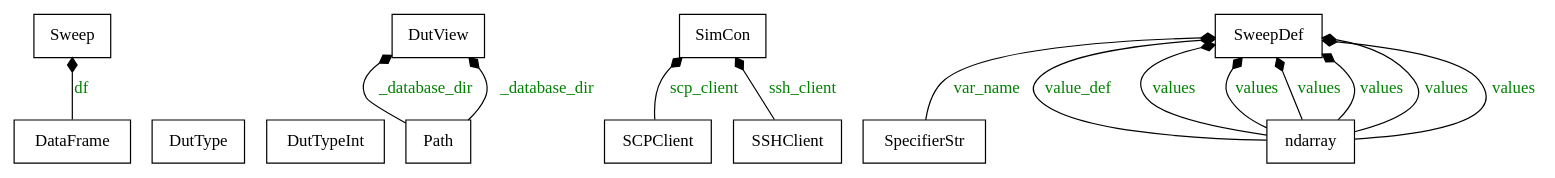
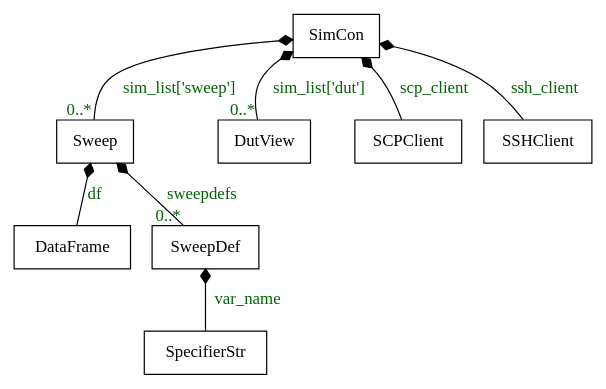
One commit to semimod/DMT-core changed the diagram in doc/source/diagrams/classes_sim_con.dot. Above: the diagram before and after it, drawn with Graphviz. The commit also changed 1 other file, not shown here.

Commit message:
mcard does not make sense anymore and sim_con improved

```diff
--- a/doc/source/diagrams/classes_sim_con.dot
+++ b/doc/source/diagrams/classes_sim_con.dot
@@ -1,35 +1,19 @@
 digraph "classes_sim_con" {
 rankdir=BT
 charset="utf-8"
 "DMT.core.data_frame.DataFrame" [color="black", fontcolor="black", label="DataFrame", shape="record", style="solid"];
-"/home/mario/Documents/work/dmt/dmt/DMT_core_pkg/DMT/core/dut_type.py.DutType" [color="black", fontcolor="black", label="DutType", shape="record", style="solid"];
-"/home/mario/Documents/work/dmt/dmt/DMT_core_pkg/DMT/core/dut_type.py.DutTypeInt" [color="black", fontcolor="black", label="DutTypeInt", shape="record", style="solid"];
-"/home/mario/Documents/work/dmt/dmt/DMT_core_pkg/DMT/core/dut_view.py.DutView" [color="black", fontcolor="black", label="DutView", shape="record", style="solid"];
-"pathlib.Path" [color="black", fontcolor="black", label="Path", shape="record", style="solid"];
+"DMT.core.DutView" [color="black", fontcolor="black", label="DutView", shape="record", style="solid"];
 "scp.SCPClient" [color="black", fontcolor="black", label="SCPClient", shape="record", style="solid"];
 "paramiko.client.SSHClient" [color="black", fontcolor="black", label="SSHClient", shape="record", style="solid"];
-"/home/mario/Documents/work/dmt/dmt/DMT_core_pkg/DMT/core/sim_con.py.SimCon" [color="black", fontcolor="black", label="SimCon", shape="record", style="solid"];
+"DMT.core.SimCon" [color="black", fontcolor="black", label="SimCon", shape="record", style="solid"];
 "DMT.core.naming.SpecifierStr" [color="black", fontcolor="black", label="SpecifierStr", shape="record", style="solid"];
-"/home/mario/Documents/work/dmt/dmt/DMT_core_pkg/DMT/core/sweep.py.Sweep" [color="black", fontcolor="black", label="Sweep", shape="record", style="solid"];
-"/home/mario/Documents/work/dmt/dmt/DMT_core_pkg/DMT/core/sweep.py.SweepDef" [color="black", fontcolor="black", label="SweepDef", shape="record", style="solid"];
-".ndarray" [color="black", fontcolor="black", label="ndarray", shape="record", style="solid"];
-".ndarray" [color="black", fontcolor="black", label="ndarray", shape="record", style="solid"];
-".ndarray" [color="black", fontcolor="black", label="ndarray", shape="record", style="solid"];
-".ndarray" [color="black", fontcolor="black", label="ndarray", shape="record", style="solid"];
-".ndarray" [color="black", fontcolor="black", label="ndarray", shape="record", style="solid"];
-".ndarray" [color="black", fontcolor="black", label="ndarray", shape="record", style="solid"];
-".ndarray" [color="black", fontcolor="black", label="ndarray", shape="record", style="solid"];
-".ndarray" -> "/home/mario/Documents/work/dmt/dmt/DMT_core_pkg/DMT/core/sweep.py.SweepDef" [arrowhead="diamond", arrowtail="none", fontcolor="green", label="value_def", style="solid"];
-".ndarray" -> "/home/mario/Documents/work/dmt/dmt/DMT_core_pkg/DMT/core/sweep.py.SweepDef" [arrowhead="diamond", arrowtail="none", fontcolor="green", label="values", style="solid"];
-".ndarray" -> "/home/mario/Documents/work/dmt/dmt/DMT_core_pkg/DMT/core/sweep.py.SweepDef" [arrowhead="diamond", arrowtail="none", fontcolor="green", label="values", style="solid"];
-".ndarray" -> "/home/mario/Documents/work/dmt/dmt/DMT_core_pkg/DMT/core/sweep.py.SweepDef" [arrowhead="diamond", arrowtail="none", fontcolor="green", label="values", style="solid"];
-".ndarray" -> "/home/mario/Documents/work/dmt/dmt/DMT_core_pkg/DMT/core/sweep.py.SweepDef" [arrowhead="diamond", arrowtail="none", fontcolor="green", label="values", style="solid"];
-".ndarray" -> "/home/mario/Documents/work/dmt/dmt/DMT_core_pkg/DMT/core/sweep.py.SweepDef" [arrowhead="diamond", arrowtail="none", fontcolor="green", label="values", style="solid"];
-".ndarray" -> "/home/mario/Documents/work/dmt/dmt/DMT_core_pkg/DMT/core/sweep.py.SweepDef" [arrowhead="diamond", arrowtail="none", fontcolor="green", label="values", style="solid"];
-"DMT.core.data_frame.DataFrame" -> "/home/mario/Documents/work/dmt/dmt/DMT_core_pkg/DMT/core/sweep.py.Sweep" [arrowhead="diamond", arrowtail="none", fontcolor="green", label="df", style="solid"];
-"DMT.core.naming.SpecifierStr" -> "/home/mario/Documents/work/dmt/dmt/DMT_core_pkg/DMT/core/sweep.py.SweepDef" [arrowhead="diamond", arrowtail="none", fontcolor="green", label="var_name", style="solid"];
-"paramiko.client.SSHClient" -> "/home/mario/Documents/work/dmt/dmt/DMT_core_pkg/DMT/core/sim_con.py.SimCon" [arrowhead="diamond", arrowtail="none", fontcolor="green", label="ssh_client", style="solid"];
-"pathlib.Path" -> "/home/mario/Documents/work/dmt/dmt/DMT_core_pkg/DMT/core/dut_view.py.DutView" [arrowhead="diamond", arrowtail="none", fontcolor="green", label="_database_dir", style="solid"];
-"pathlib.Path" -> "/home/mario/Documents/work/dmt/dmt/DMT_core_pkg/DMT/core/dut_view.py.DutView" [arrowhead="diamond", arrowtail="none", fontcolor="green", label="_database_dir", style="solid"];
-"scp.SCPClient" -> "/home/mario/Documents/work/dmt/dmt/DMT_core_pkg/DMT/core/sim_con.py.SimCon" [arrowhead="diamond", arrowtail="none", fontcolor="green", label="scp_client", style="solid"];
+"DMT.core.Sweep" [color="black", fontcolor="black", label="Sweep", shape="record", style="solid"];
+"DMT.core.sweep.SweepDef" [color="black", fontcolor="black", label="SweepDef", shape="record", style="solid"];
+"DMT.core.data_frame.DataFrame" -> "DMT.core.Sweep" [arrowhead="diamond", arrowtail="none", fontcolor="darkgreen", label="df", style="solid"];
+"DMT.core.naming.SpecifierStr" -> "DMT.core.sweep.SweepDef" [arrowhead="diamond", arrowtail="none", fontcolor="darkgreen", label="var_name", style="solid"];
+"paramiko.client.SSHClient" -> "DMT.core.SimCon" [arrowhead="diamond", arrowtail="none", fontcolor="darkgreen", label="ssh_client", style="solid"];
+"scp.SCPClient" -> "DMT.core.SimCon" [arrowhead="diamond", arrowtail="none", fontcolor="darkgreen", label="scp_client", style="solid"];
+"DMT.core.sweep.SweepDef"  -> "DMT.core.Sweep" [arrowhead="diamond", arrowtail="none", fontcolor="darkgreen", label="sweepdefs", style="solid", taillabel="0..*"];
+"DMT.core.Sweep"  -> "DMT.core.SimCon" [arrowhead="diamond", arrowtail="none", fontcolor="darkgreen", label="sim_list['sweep']", style="solid", taillabel="0..*"];
+"DMT.core.DutView"  -> "DMT.core.SimCon" [arrowhead="diamond", arrowtail="none", fontcolor="darkgreen", label="sim_list['dut']", style="solid", taillabel="0..*"];
 }
```
